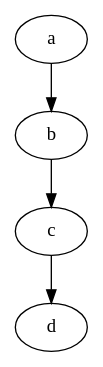
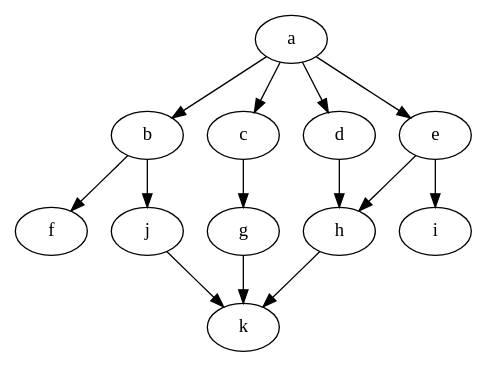
The diagram in data/output.dot (raghavgarg32/SOFTENG306Project1), drawn with Graphviz before and after one commit. The commit also changed 1 other file, not shown here.

```diff
--- a/data/output.dot
+++ b/data/output.dot
@@ -1,9 +1,26 @@
-digraph "example3" {
-	a	[Weight=2,Start=0,Processor=2];
-	b	[Weight=2,Start=2,Processor=2];
-	c	[Weight=3,Start=4,Processor=2];
-	d	[Weight=3,Start=7,Processor=2];
-	a->b	[Weight=1];
-	b->c	[Weight=1];
-	c->d	[Weight=1];
+digraph "example2" {
+	a	[Weight=2,Start=0,Processor=1];
+	b	[Weight=4,Start=2,Processor=1];
+	c	[Weight=4,Start=9,Processor=1];
+	d	[Weight=5,Start=5,Processor=2];
+	e	[Weight=4,Start=6,Processor=3];
+	f	[Weight=3,Start=10,Processor=4];
+	g	[Weight=2,Start=13,Processor=1];
+	h	[Weight=5,Start=12,Processor=2];
+	i	[Weight=4,Start=15,Processor=1];
+	j	[Weight=3,Start=6,Processor=1];
+	k	[Weight=2,Start=17,Processor=2];
+	j->k	[Weight=6];
+	b->j	[Weight=6];
+	a->b	[Weight=6];
+	e->h	[Weight=2];
+	g->k	[Weight=2];
+	a->c	[Weight=2];
+	d->h	[Weight=4];
+	e->i	[Weight=3];
+	h->k	[Weight=3];
+	a->d	[Weight=3];
+	b->f	[Weight=4];
+	c->g	[Weight=2];
+	a->e	[Weight=4];
 }
```
